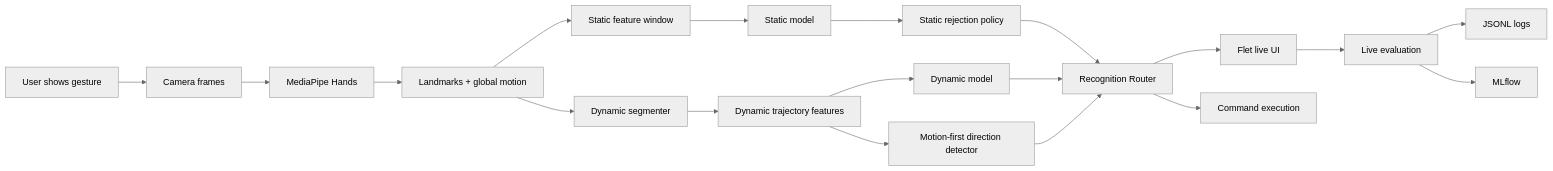
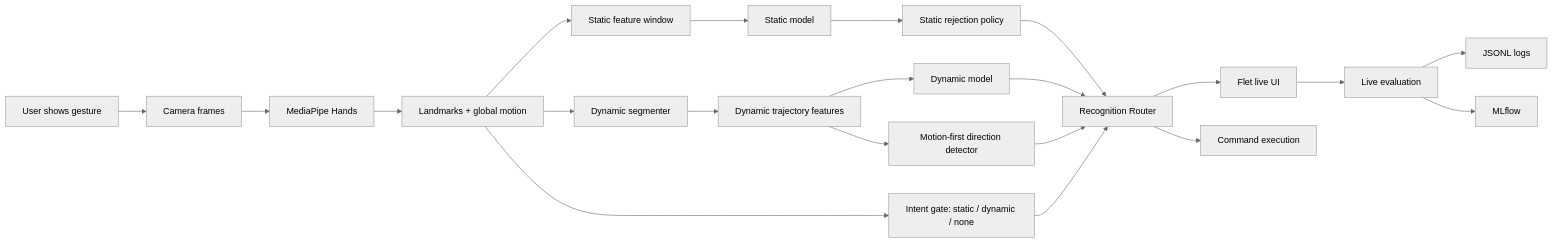
One commit to Rafaildavar/DPLM changed the first of 3 diagrams in docs/contest/ML_SYSTEM_DESIGN.md. Above: the diagram before and after it, drawn with Mermaid (neutral theme). The commit also changed other lines of this file and 13 other files, not shown here.

Commit message:
Add ML intent gate for gesture routing

````diff
--- a/docs/contest/ML_SYSTEM_DESIGN.md
+++ b/docs/contest/ML_SYSTEM_DESIGN.md
@@ -56,21 +57,23 @@
 ```mermaid
 flowchart LR
     U["User shows gesture"] --> C["Camera frames"]
     C --> MP["MediaPipe Hands"]
     MP --> LM["Landmarks + global motion"]
     LM --> SEG["Dynamic segmenter"]
     LM --> STATIC["Static feature window"]
+    LM --> INTENT["Intent gate: static / dynamic / none"]
     SEG --> DYNFEAT["Dynamic trajectory features"]
     STATIC --> SM["Static model"]
     SM --> REJECT["Static rejection policy"]
     DYNFEAT --> DM["Dynamic model"]
     DYNFEAT --> MOTION["Motion-first direction detector"]
     REJECT --> ROUTER["Recognition Router"]
     DM --> ROUTER
     MOTION --> ROUTER
+    INTENT --> ROUTER
     ROUTER --> UI["Flet live UI"]
     UI --> EVAL["Live evaluation"]
     EVAL --> JSONL["JSONL logs"]
     EVAL --> MLFLOW["MLflow"]
     ROUTER --> CMD["Command execution"]
 ```
````
